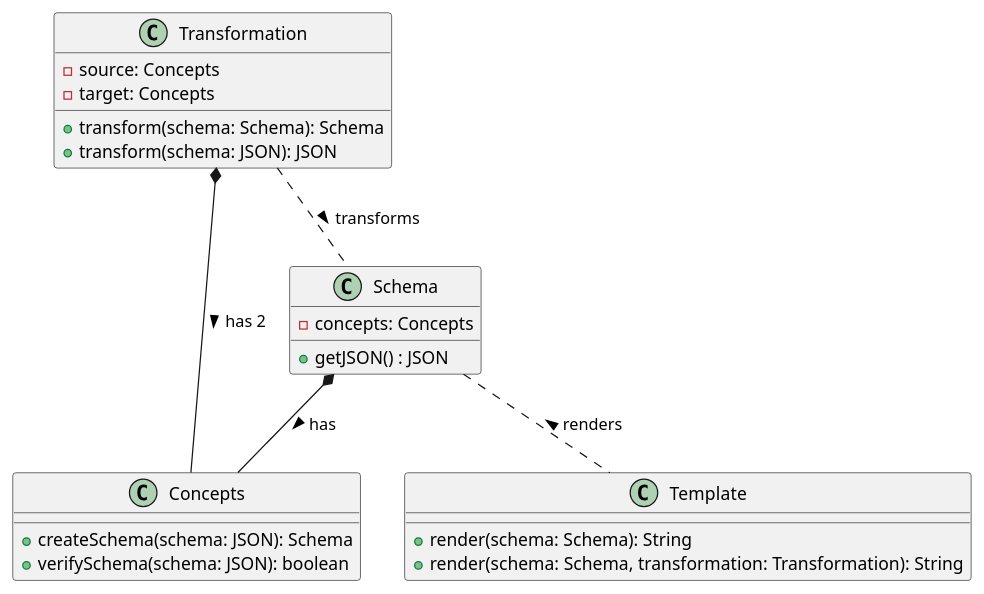
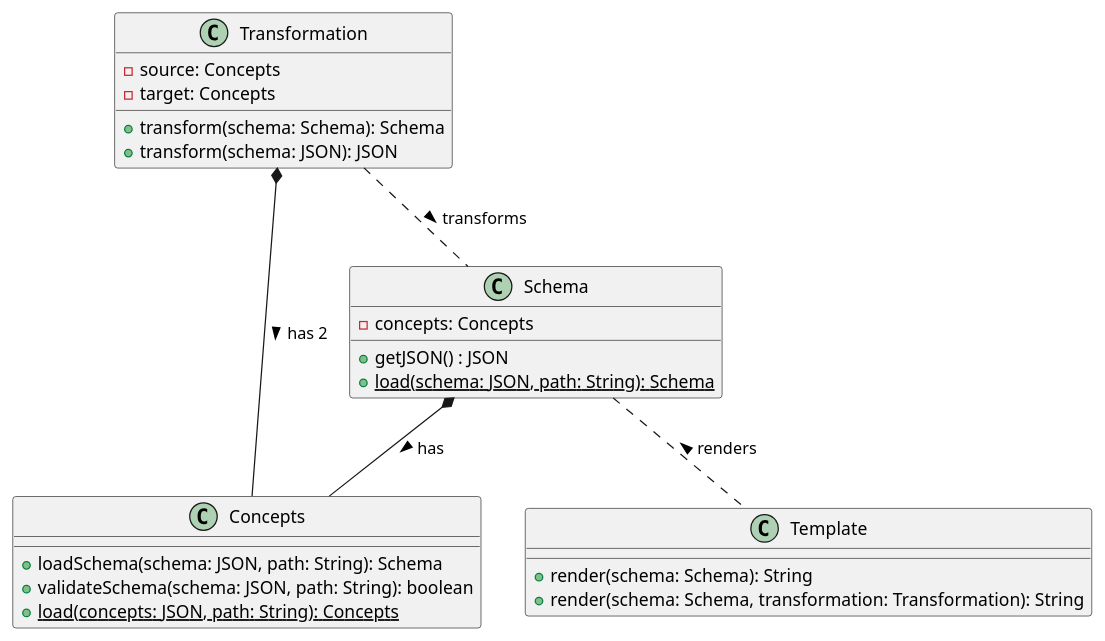
The diagram in buildrjs/specs/00-usecases/01-render-text-using-a-template-with-any-json.md (mouseless/json-concepts), drawn with PlantUML before and after one commit. The commit also changed other lines of this file and 7 other files, not shown here.

Commit message:
write schema spec

````diff
--- a/buildrjs/specs/00-usecases/01-render-text-using-a-template-with-any-json.md
+++ b/buildrjs/specs/00-usecases/01-render-text-using-a-template-with-any-json.md
@@ -23,28 +23,31 @@
 ```plantuml
+
 class Concepts {
-    + createSchema(schema: JSON): Schema
-    + verifySchema(schema: JSON): boolean
+    + loadSchema(schema: JSON, path: String): Schema
+    + validateSchema(schema: JSON, path: String): boolean
+    + {static} load(concepts: JSON, path: String): Concepts
 }
 
 class Schema {
     - concepts: Concepts
     + getJSON() : JSON
+    + {static} load(schema: JSON, path: String): Schema
 }
 
 class Transformation {
     - source: Concepts
     - target: Concepts
     + transform(schema: Schema): Schema
     + transform(schema: JSON): JSON
 }
 
 class Template {
     + render(schema: Schema): String
     + render(schema: Schema, transformation: Transformation): String
 }
 
 Transformation *-- Concepts : has 2 >
 Schema *-- Concepts : has > 
 Transformation .. Schema : transforms >
 Schema .. Template : renders <
 ```
````
